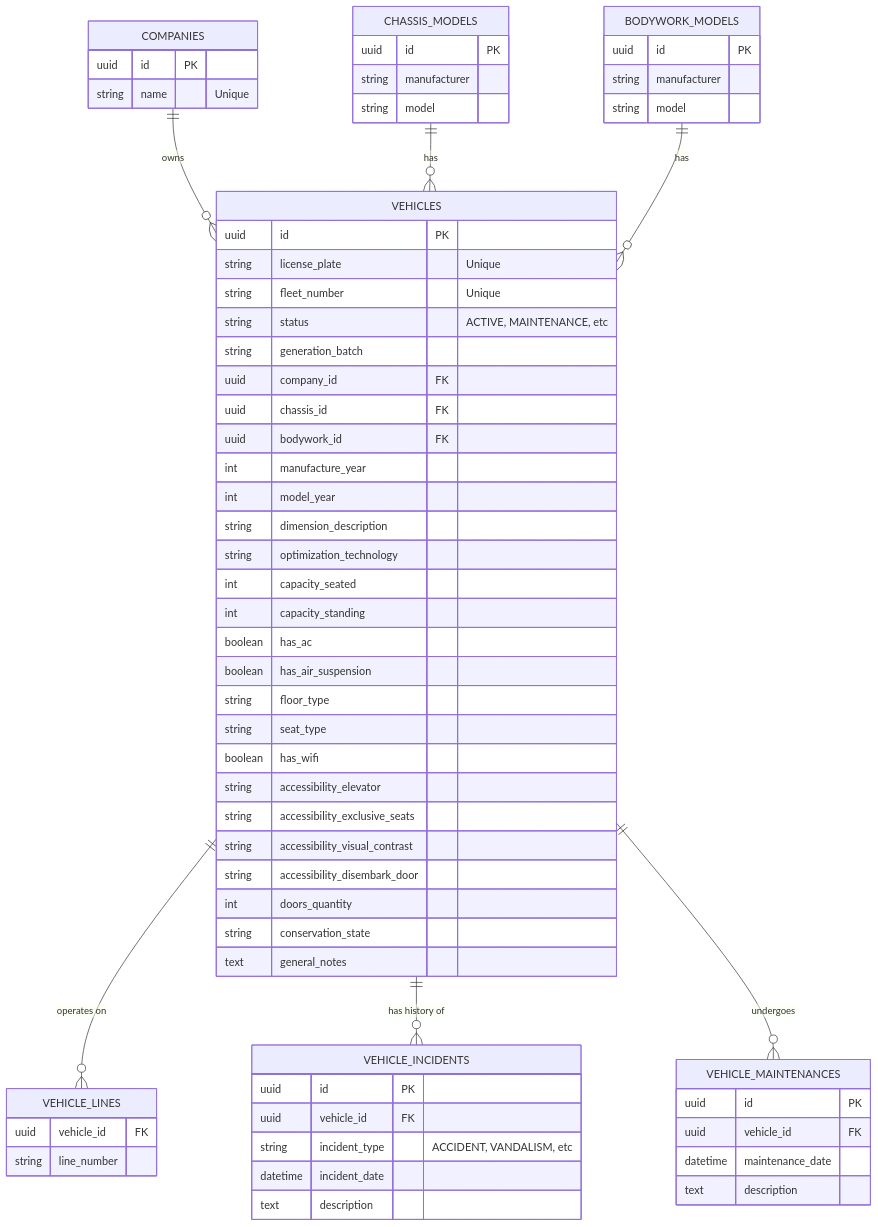
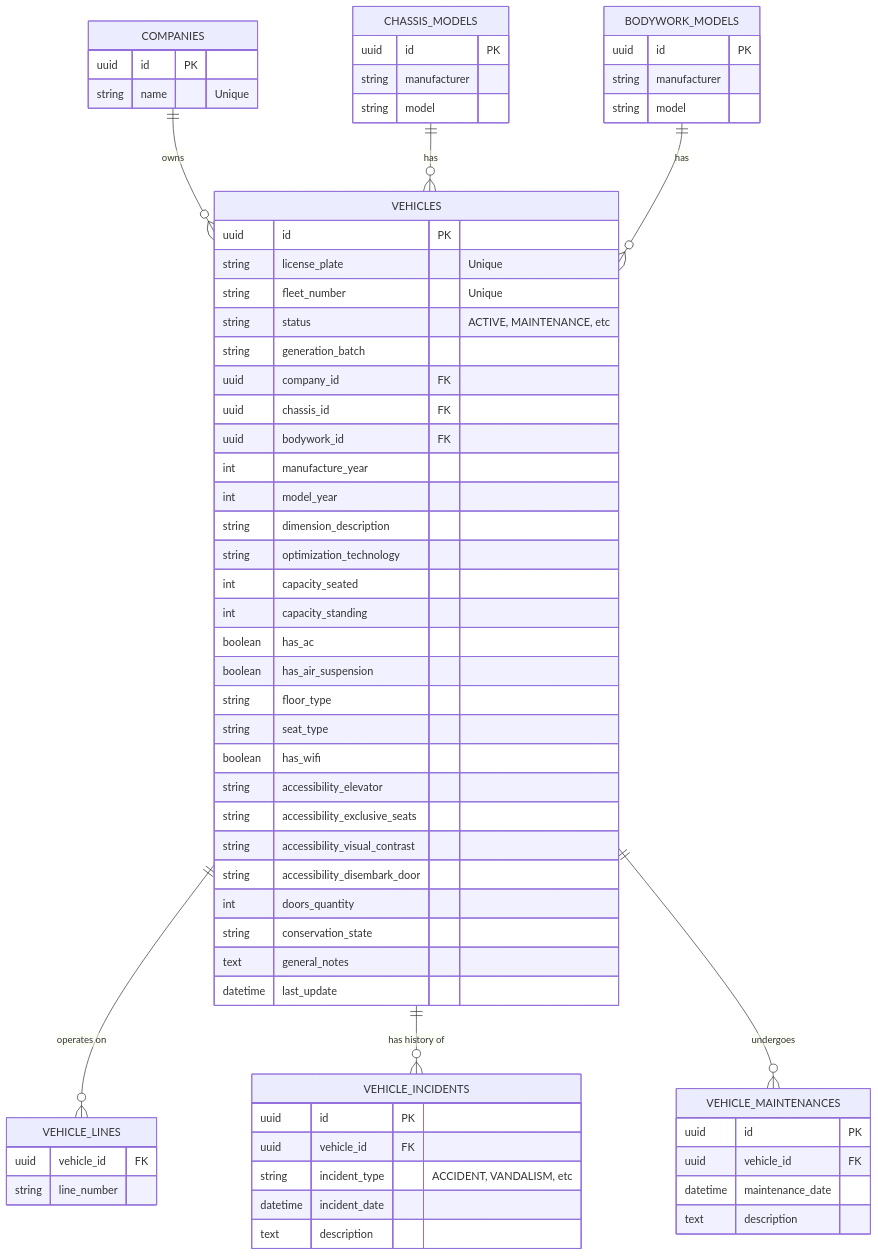
One commit to gabriersdev/mobilidade changed the diagram in docs/planning/bus-repo/database-diagram.md. Above: the diagram before and after it, drawn with Mermaid. The commit also changed 3 other files, not shown here.

````diff
--- a/docs/planning/bus-repo/database-diagram.md
+++ b/docs/planning/bus-repo/database-diagram.md
@@ -5,75 +5,76 @@
 ```mermaid
 erDiagram
     COMPANIES ||--o{ VEHICLES : "owns"
     CHASSIS_MODELS ||--o{ VEHICLES : "has"
     BODYWORK_MODELS ||--o{ VEHICLES : "has"
     VEHICLES ||--o{ VEHICLE_LINES : "operates on"
     VEHICLES ||--o{ VEHICLE_INCIDENTS : "has history of"
     VEHICLES ||--o{ VEHICLE_MAINTENANCES : "undergoes"
 
     COMPANIES {
         uuid id PK
         string name "Unique"
     }
 
     CHASSIS_MODELS {
         uuid id PK
         string manufacturer
         string model
     }
 
     BODYWORK_MODELS {
         uuid id PK
         string manufacturer
         string model
     }
 
     VEHICLES {
         uuid id PK
         string license_plate "Unique"
         string fleet_number "Unique"
         string status "ACTIVE, MAINTENANCE, etc"
         string generation_batch
         uuid company_id FK
         uuid chassis_id FK
         uuid bodywork_id FK
         int manufacture_year
         int model_year
         string dimension_description
         string optimization_technology
         int capacity_seated
         int capacity_standing
         boolean has_ac
         boolean has_air_suspension
         string floor_type
         string seat_type
         boolean has_wifi
         string accessibility_elevator
         string accessibility_exclusive_seats
         string accessibility_visual_contrast
         string accessibility_disembark_door
         int doors_quantity
         string conservation_state
         text general_notes
+        datetime last_update
     }
 
     VEHICLE_LINES {
         uuid vehicle_id FK
         string line_number
     }
 
     VEHICLE_INCIDENTS {
         uuid id PK
         uuid vehicle_id FK
         string incident_type "ACCIDENT, VANDALISM, etc"
         datetime incident_date
         text description
     }
 
     VEHICLE_MAINTENANCES {
         uuid id PK
         uuid vehicle_id FK
         datetime maintenance_date
         text description
     }
 ```
````
